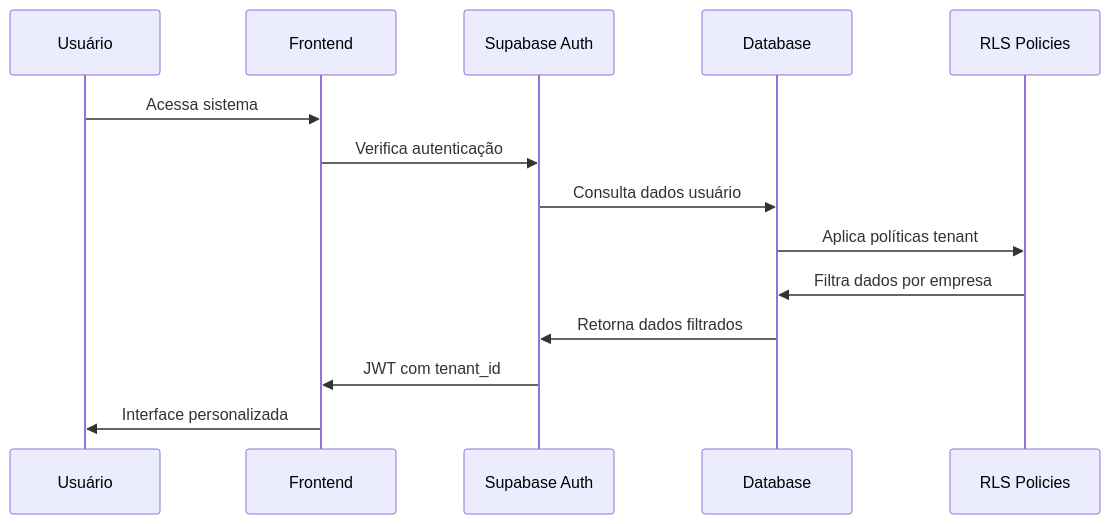
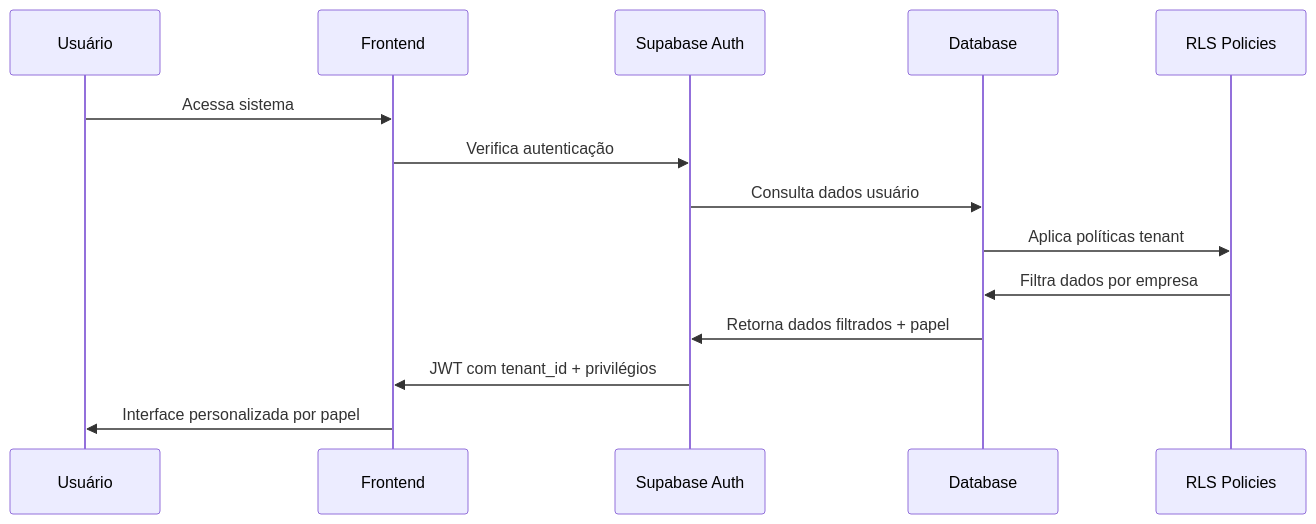
Before and after one commit to sobrinkedos/aabb: the third of 4 diagrams in .kiro/specs/sistema-autenticacao-multitenant/design.md, drawn with Mermaid. The commit also changed other lines of this file and 78 other files, not shown here.

````diff
--- a/.kiro/specs/sistema-autenticacao-multitenant/design.md
+++ b/.kiro/specs/sistema-autenticacao-multitenant/design.md
@@ -67,17 +96,17 @@
 ```mermaid
 sequenceDiagram
     participant U as Usuário
     participant F as Frontend
     participant SA as Supabase Auth
     participant DB as Database
     participant RLS as RLS Policies
     
     U->>F: Acessa sistema
     F->>SA: Verifica autenticação
     SA->>DB: Consulta dados usuário
     DB->>RLS: Aplica políticas tenant
     RLS->>DB: Filtra dados por empresa
-    DB->>SA: Retorna dados filtrados
-    SA->>F: JWT com tenant_id
-    F->>U: Interface personalizada
+    DB->>SA: Retorna dados filtrados + papel
+    SA->>F: JWT com tenant_id + privilégios
+    F->>U: Interface personalizada por papel
 ```
````
